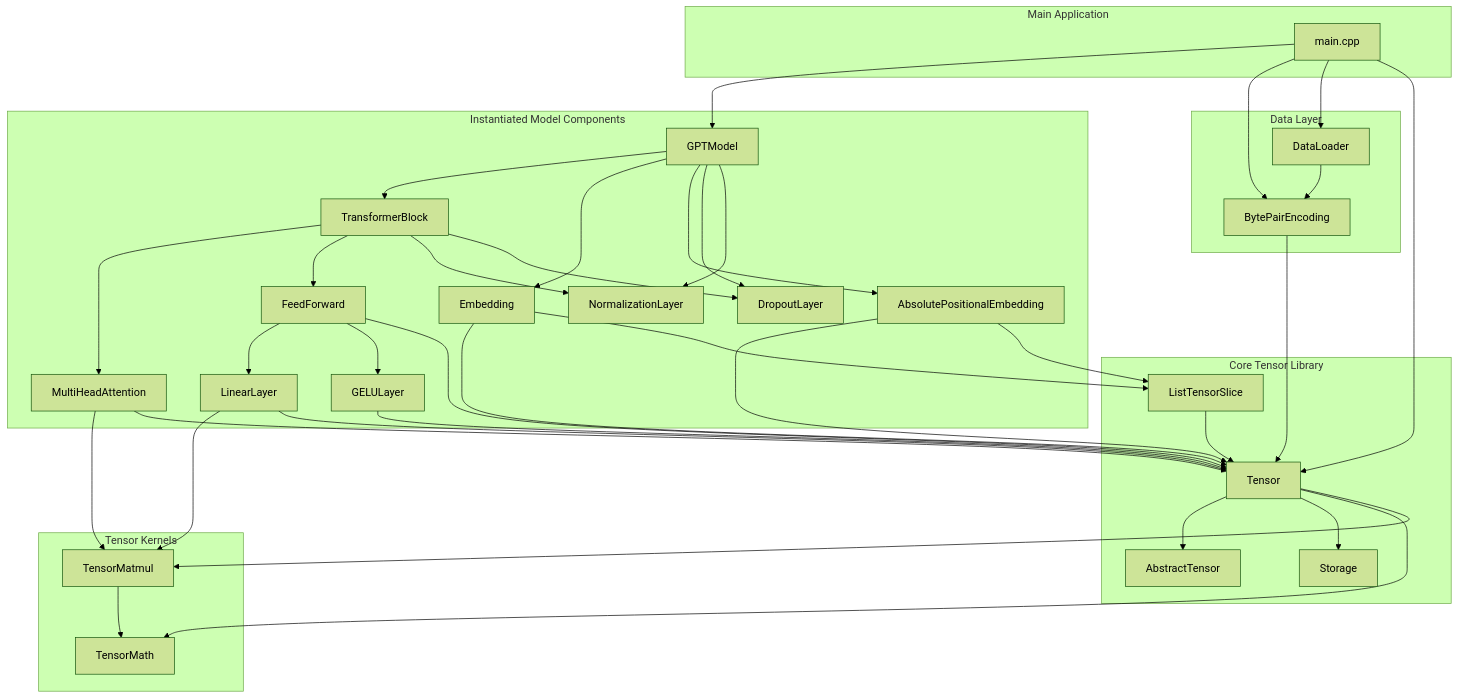
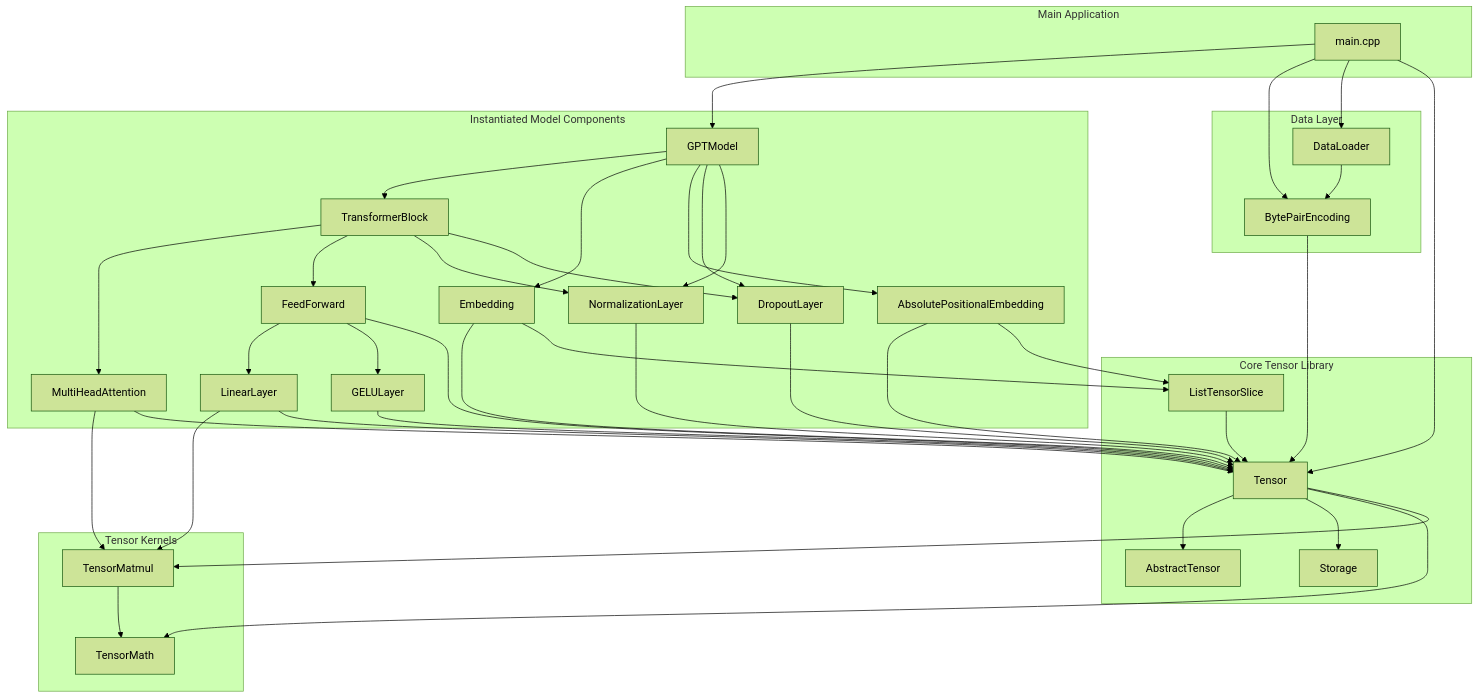
One commit to andersensam/build-llm-cpp changed the diagram in README.md. Above: the diagram before and after it, drawn with Mermaid (forest theme).

Commit message:
Fix missing line

```diff
--- a/README.md
+++ b/README.md
@@ -58,6 +58,8 @@
     transformer --> feedforward
     transformer --> norm
     transformer --> dropout
+    dropout --> tensor
+    norm --> tensor
 
     %% MultiHeadAttention composition
     mha --> tensor_matmul
```
